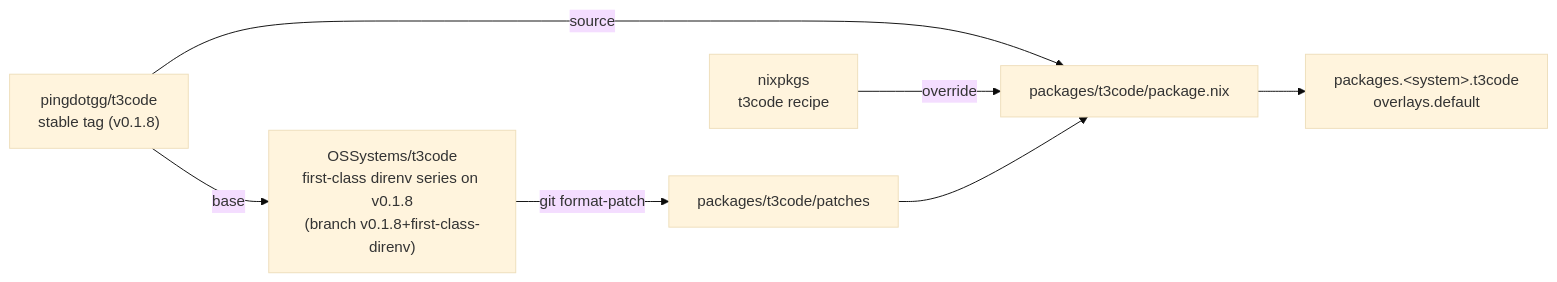
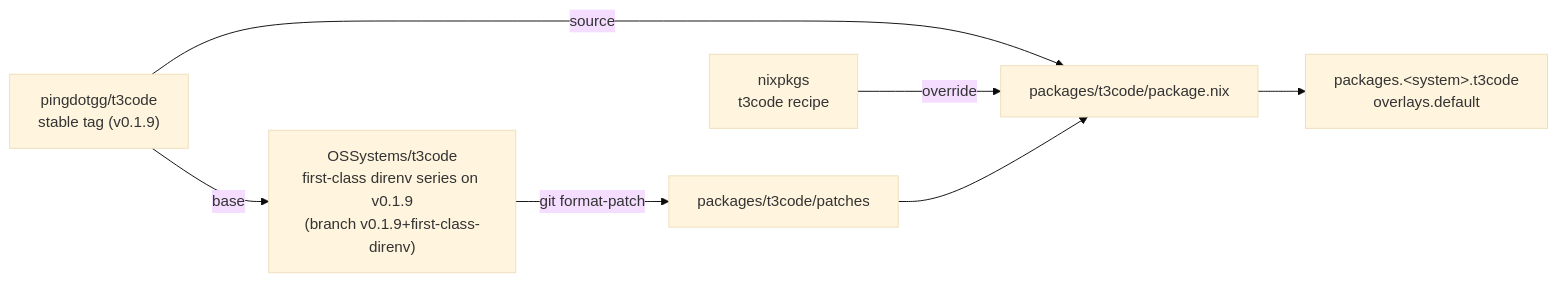
One commit to OSSystems/t3code-nix changed the first of 2 diagrams in README.md. Above: the diagram before and after it, drawn with Mermaid (base theme). The commit also changed 13 other files, not shown here.

````diff
--- a/README.md
+++ b/README.md
@@ -15,16 +15,16 @@
 ```mermaid
 flowchart LR
-  upstream["pingdotgg/t3code<br/>stable tag (v0.1.8)"]
-  fork["OSSystems/t3code<br/>first-class direnv series on v0.1.8<br/>(branch v0.1.8+first-class-direnv)"]
+  upstream["pingdotgg/t3code<br/>stable tag (v0.1.9)"]
+  fork["OSSystems/t3code<br/>first-class direnv series on v0.1.9<br/>(branch v0.1.9+first-class-direnv)"]
   recipe["nixpkgs<br/>t3code recipe"]
   patches["packages/t3code/patches"]
   pkg["packages/t3code/package.nix"]
   out["packages.&lt;system&gt;.t3code<br/>overlays.default"]
 
   upstream -- "base" --> fork
   fork -- "git format-patch" --> patches
   upstream -- "source" --> pkg
   recipe -- "override" --> pkg
   patches --> pkg
   pkg --> out
 ```
````
